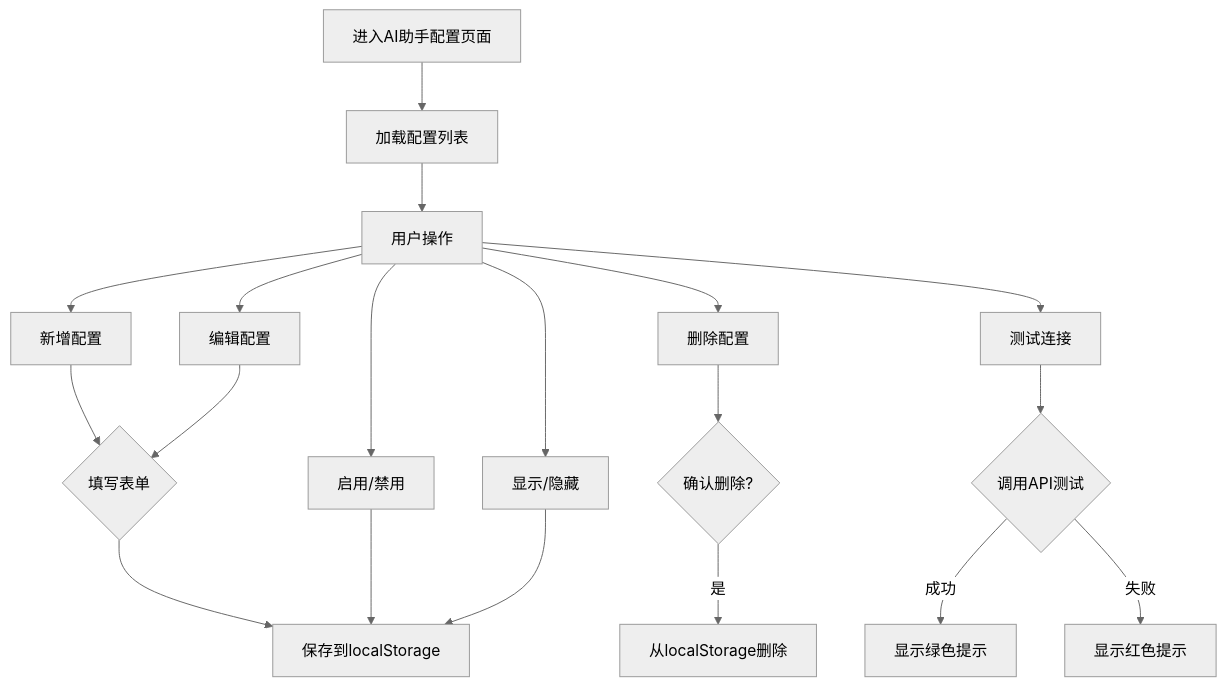
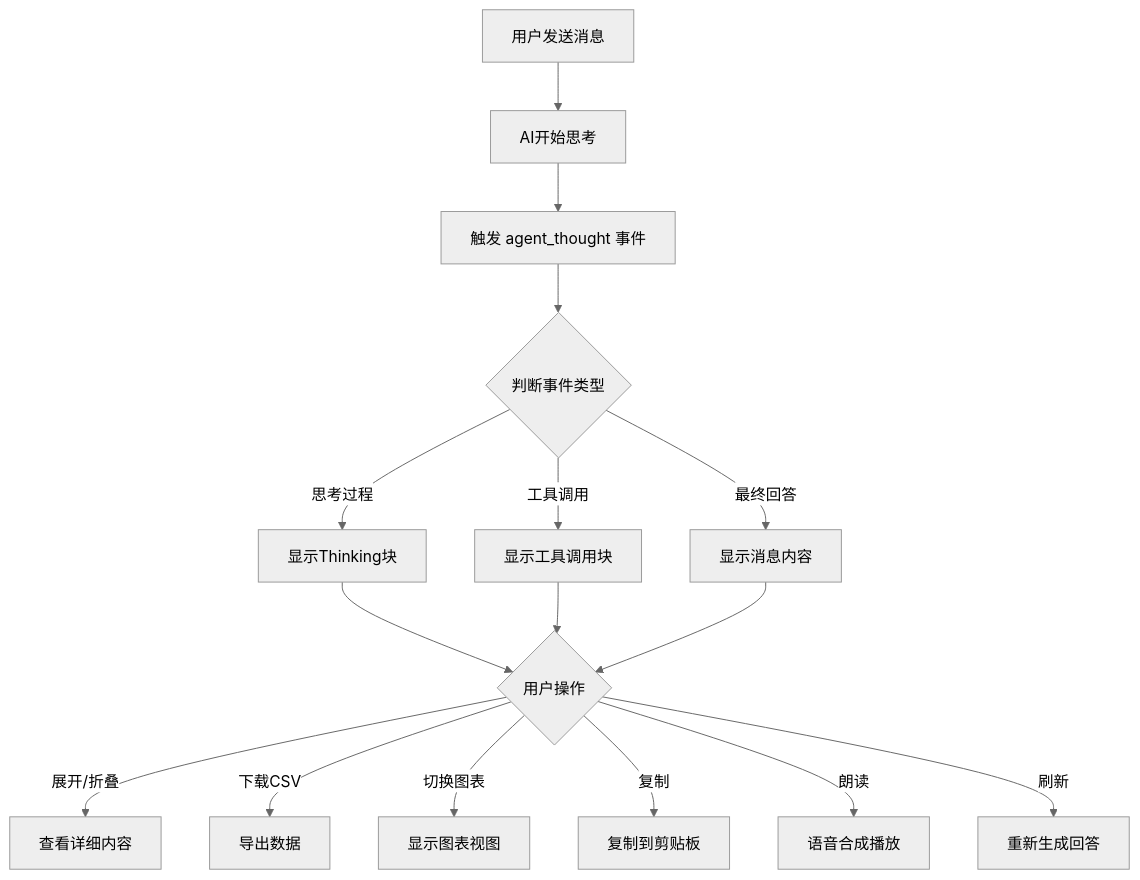
One commit to cuiweihaoxuan-eng/lto changed the second of 2 diagrams in public/prd/_routes/_ai-assistant-config.md. Above: the diagram before and after it, drawn with Mermaid (neutral theme). The commit also changed other lines of this file and 22 other files, not shown here.

````diff
--- a/public/prd/_routes/_ai-assistant-config.md
+++ b/public/prd/_routes/_ai-assistant-config.md
@@ -56,21 +144,18 @@
 ```mermaid
 graph TD
-    A[进入AI助手配置页面] --> B[加载配置列表]
-    B --> C[用户操作]
-    C --> D[新增配置]
-    C --> E[编辑配置]
-    C --> F[删除配置]
-    C --> G[启用/禁用]
-    C --> H[显示/隐藏]
-    C --> I[测试连接]
-    D --> J{填写表单}
-    J --> K[保存到localStorage]
-    E --> J
-    F --> L{确认删除?}
-    L -->|是| M[从localStorage删除]
-    G --> K
-    H --> K
-    I --> N{调用API测试}
-    N -->|成功| O[显示绿色提示]
-    N -->|失败| P[显示红色提示]
+    A[用户发送消息] --> B[AI开始思考]
+    B --> C[触发 agent_thought 事件]
+    C --> D{判断事件类型}
+    D -->|思考过程| E[显示Thinking块]
+    D -->|工具调用| F[显示工具调用块]
+    D -->|最终回答| G[显示消息内容]
+    E --> H{用户操作}
+    F --> H
+    G --> H
+    H -->|展开/折叠| I[查看详细内容]
+    H -->|下载CSV| J[导出数据]
+    H -->|切换图表| K[显示图表视图]
+    H -->|复制| L[复制到剪贴板]
+    H -->|朗读| M[语音合成播放]
+    H -->|刷新| N[重新生成回答]
 ```
````
